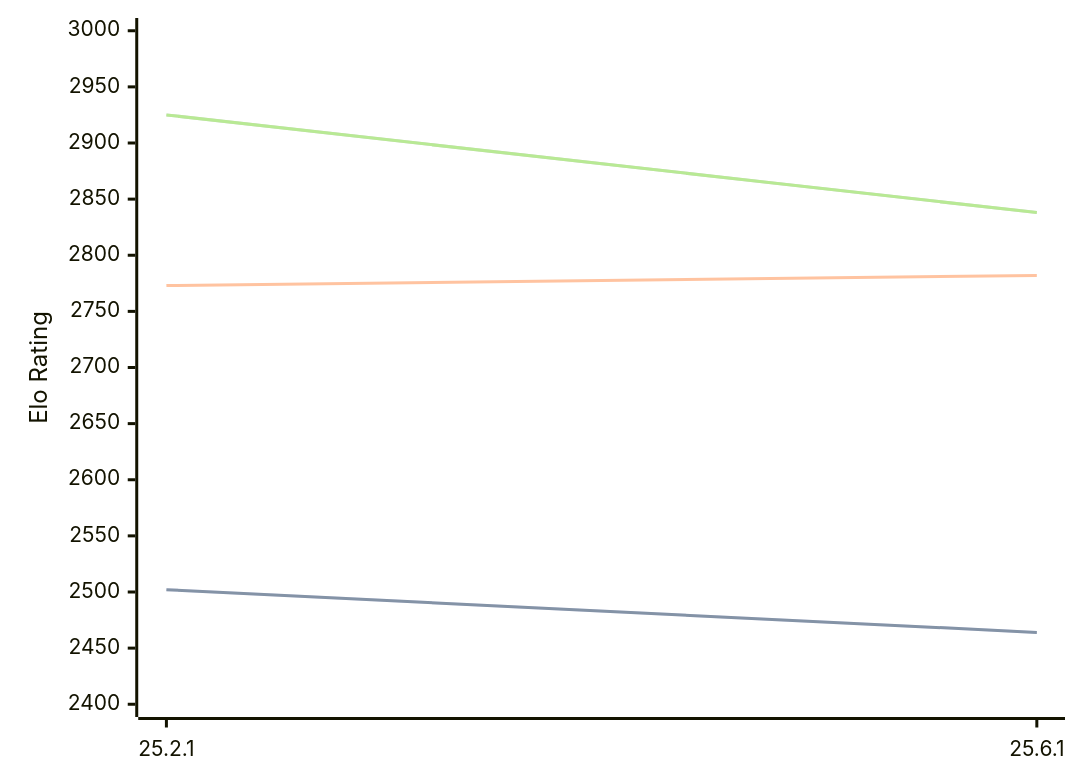
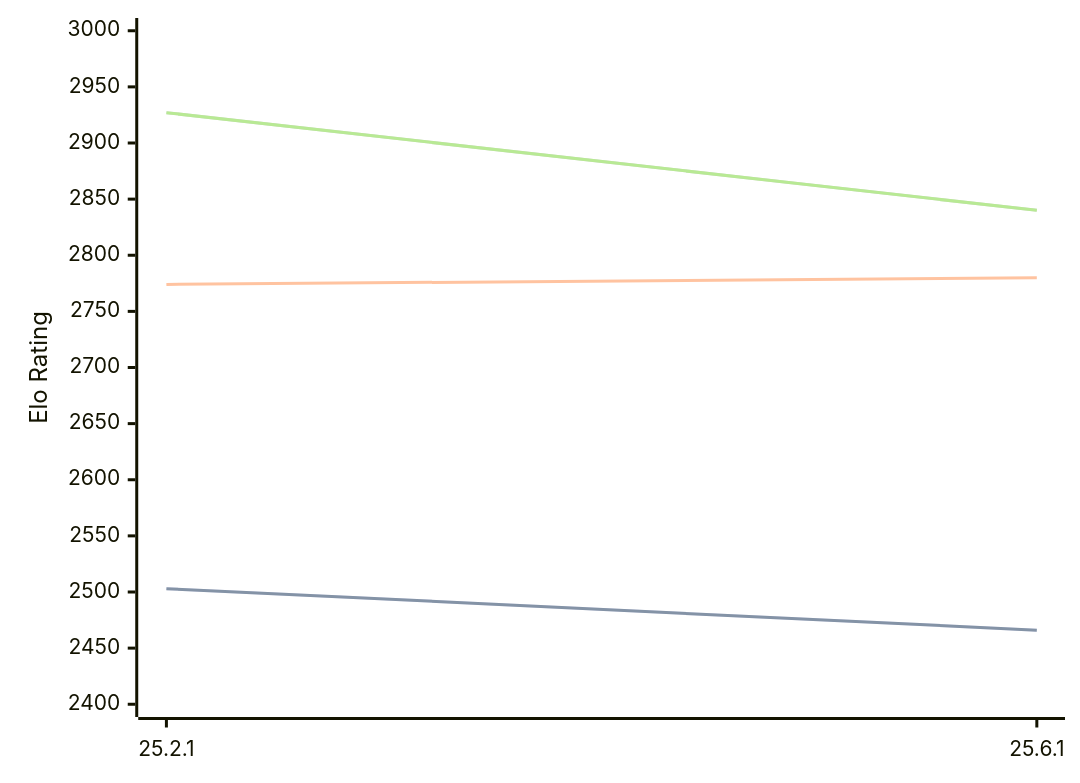
One commit to computer-chess-index/cci changed the diagram in engines/Crafty.md. Above: the diagram before and after it, drawn with Mermaid. The commit also changed other lines of this file, not shown here.

Commit message:
Update CCI Ratings (ELO VLTC) - 2026-08-21

````diff
--- a/engines/Crafty.md
+++ b/engines/Crafty.md
@@ -32,11 +32,11 @@
 ```mermaid
 %%{init: {"theme":"base","themeVariables":{"seriesColors:['#a3a3a3','#222221','#faa371']}}}%%
 xychart-beta
   x-axis ["25.2.1", "25.6.1"]
   y-axis "Elo Rating" 2400 --> 3000
-  line "STC (8.0+0.08s)" [2502, 2464]
-  line "STC (8.0+0.08s)" [2502, 2464]
-  line "LTC (60.0+0.60s)" [2773, 2782]
-  line "VLTC (2m24s+1.12s)" [2925, 2838]
-  line "VLTC (2m24s+1.12s)" [2925, 2838]
+  line "STC (8.0+0.08s)" [2503, 2466]
+  line "STC (8.0+0.08s)" [2503, 2466]
+  line "LTC (60.0+0.60s)" [2774, 2780]
+  line "VLTC (2m24s+1.12s)" [2927, 2840]
+  line "VLTC (2m24s+1.12s)" [2927, 2840]
 ```
````
